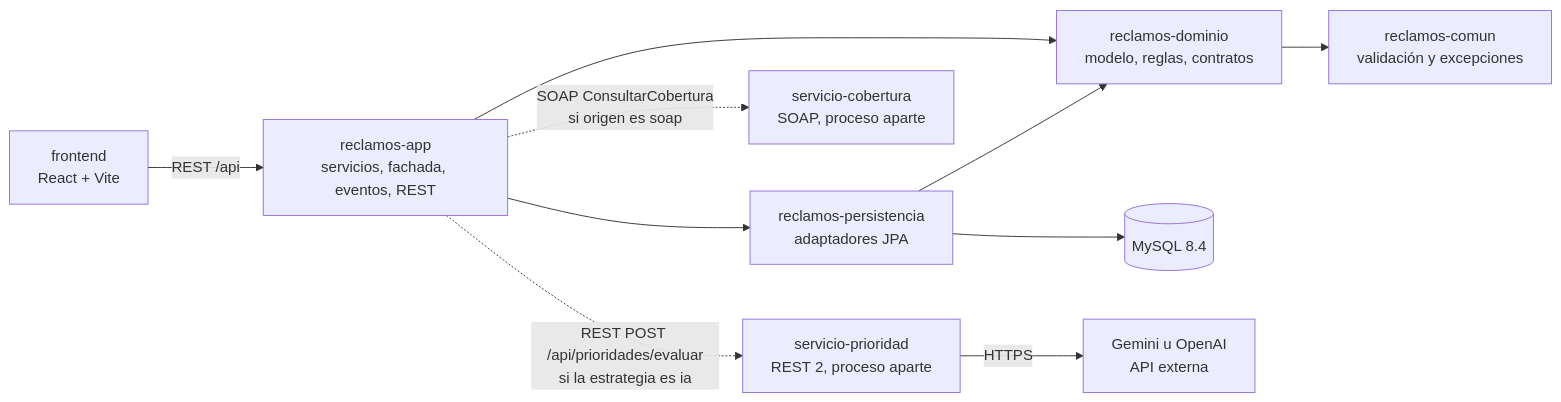
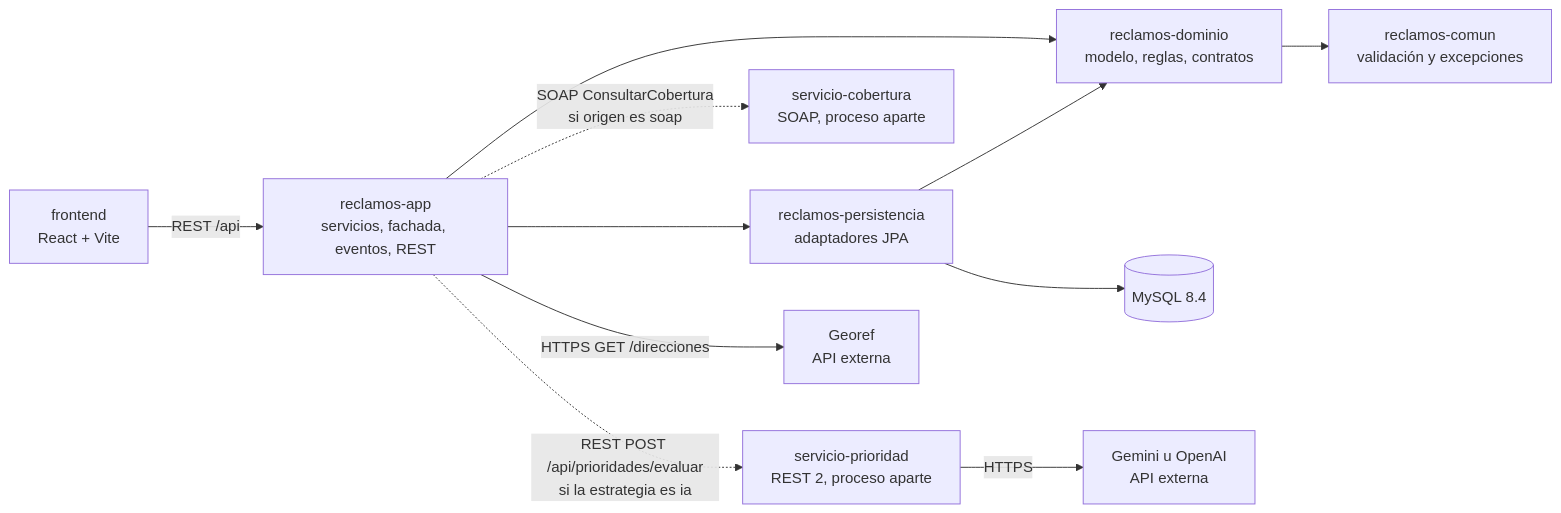
Before and after one commit to SanTegli/DesarrolloAppsIIGrupo10: the second of 5 diagrams in docs/arquitectura.md, drawn with Mermaid. The commit also changed other lines of this file and 45 other files, not shown here.

First line of the commit message:
feat: integrar geocodificación de direcciones con Georef

````diff
--- a/docs/arquitectura.md
+++ b/docs/arquitectura.md
@@ -80,22 +80,24 @@
 ```mermaid
 flowchart LR
   FE["frontend<br/>React + Vite"]
   APP["reclamos-app<br/>servicios, fachada, eventos, REST"]
   PERS["reclamos-persistencia<br/>adaptadores JPA"]
   DOM["reclamos-dominio<br/>modelo, reglas, contratos"]
   COM["reclamos-comun<br/>validación y excepciones"]
   MYSQL[("MySQL 8.4")]
   COB["servicio-cobertura<br/>SOAP, proceso aparte"]
   PRI["servicio-prioridad<br/>REST 2, proceso aparte"]
   LLM["Gemini u OpenAI<br/>API externa"]
+  GEO["Georef<br/>API externa"]
 
   FE -->|"REST /api"| APP
   APP --> PERS
   APP --> DOM
   PERS --> DOM
   DOM --> COM
   PERS --> MYSQL
   APP -.->|"SOAP ConsultarCobertura<br/>si origen es soap"| COB
   APP -.->|"REST POST /api/prioridades/evaluar<br/>si la estrategia es ia"| PRI
   PRI -->|"HTTPS"| LLM
+  APP -->|"HTTPS GET /direcciones"| GEO
 ```
````
